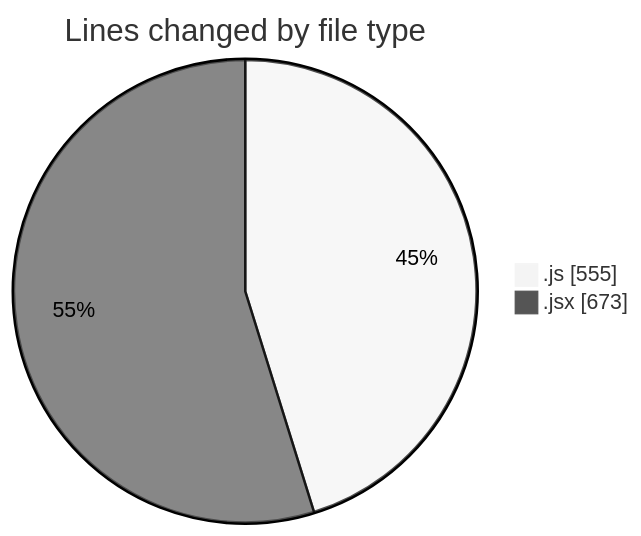
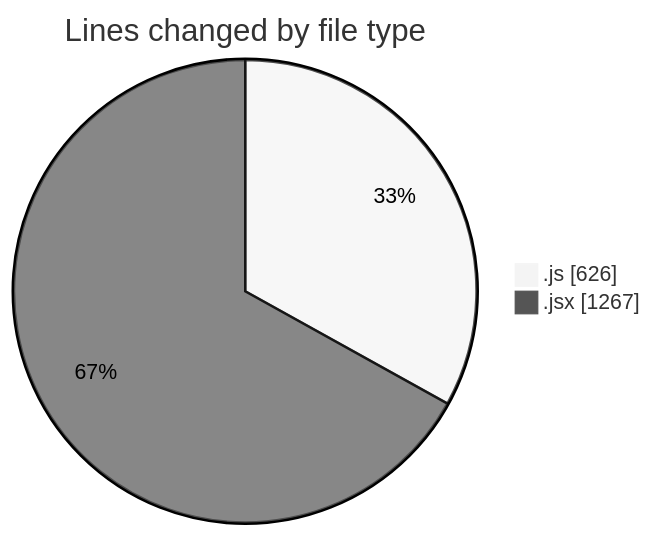
One commit to nxtqubesakshisongat/code-tracking changed the first of 2 diagrams in 2025-07-01/argos/README.md. Above: the diagram before and after it, drawn with Mermaid (neutral theme). The commit also changed other lines of this file and 1 other file, not shown here.

````diff
--- a/2025-07-01/argos/README.md
+++ b/2025-07-01/argos/README.md
@@ -23,6 +25,6 @@
 ```mermaid
 pie showData
 title Lines changed by file type
-".js" : 555
-".jsx" : 673
+".js" : 626
+".jsx" : 1267
 ```
````
